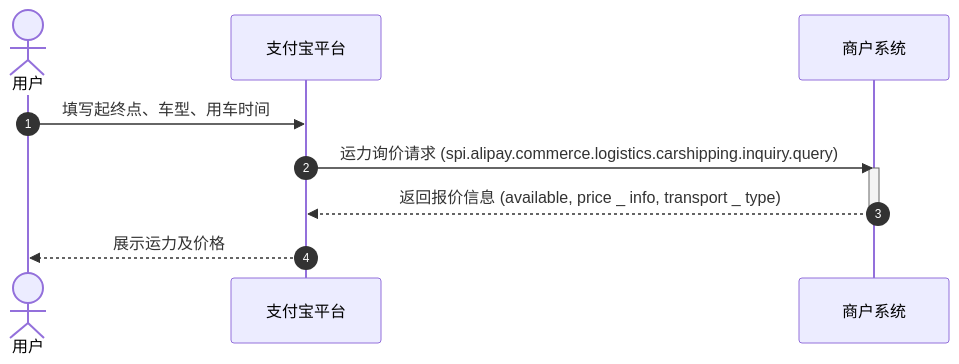
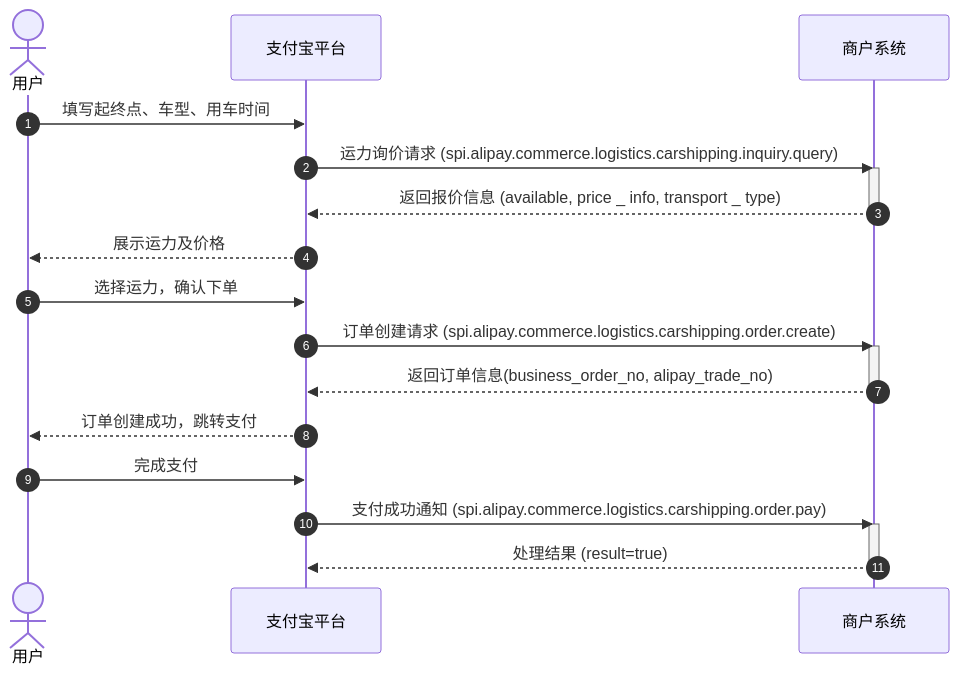
The diagram in notes/test_dba1b258-be6a-414c-9967-aedbcccfa44f.md (pingpm/mermaid_vault), drawn with Mermaid before and after one commit. The commit also changed 2 other files, not shown here.

Commit message:
Sync Mermaid Studio data (8 diagrams)

````diff
--- a/notes/test_dba1b258-be6a-414c-9967-aedbcccfa44f.md
+++ b/notes/test_dba1b258-be6a-414c-9967-aedbcccfa44f.md
@@ -3,14 +3,25 @@
 ```mermaid
 sequenceDiagram
   autonumber
   actor p0 as 用户
   participant p1 as 支付宝平台
   participant p2 as 商户系统
   p0->>p1: 填写起终点、⻋型、⽤⻋时间
   p1->>p2: 运⼒询价请求 (spi.alipay.commerce.logistics.carshipping.inquiry.query)
   activate p2
   p2-->>p1: 返回报价信息 (available, price _ info, transport _ type)
   deactivate p2
   p1-->>p0: 展示运⼒及价格
+  p0->>p1: 选择运⼒，确认下单
+  p1->>p2: 订单创建请求 (spi.alipay.commerce.logistics.carshipping.order.create)
+  activate p2
+  p2-->>p1: 返回订单信息(business_order_no, alipay_trade_no)
+  deactivate p2
+  p1-->>p0: 订单创建成功，跳转⽀付
+  p0->>p1: 完成⽀付
+  p1->>p2: ⽀付成功通知 (spi.alipay.commerce.logistics.carshipping.order.pay)
+  activate p2
+  p2-->>p1: 处理结果 (result=true)
+  deactivate p2
 
 ```
````
